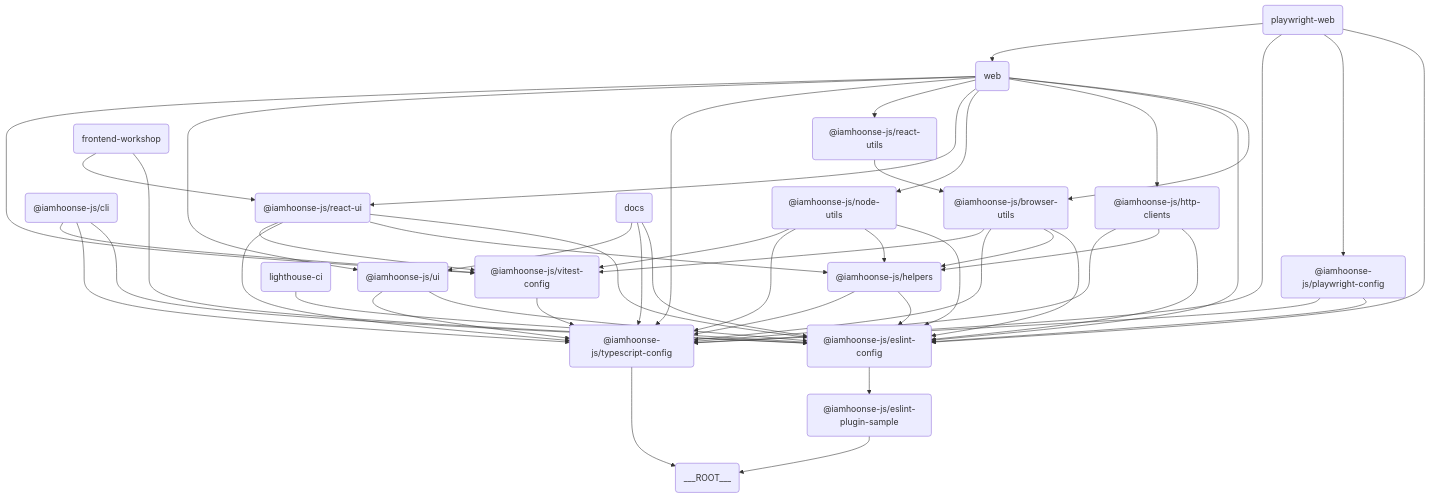
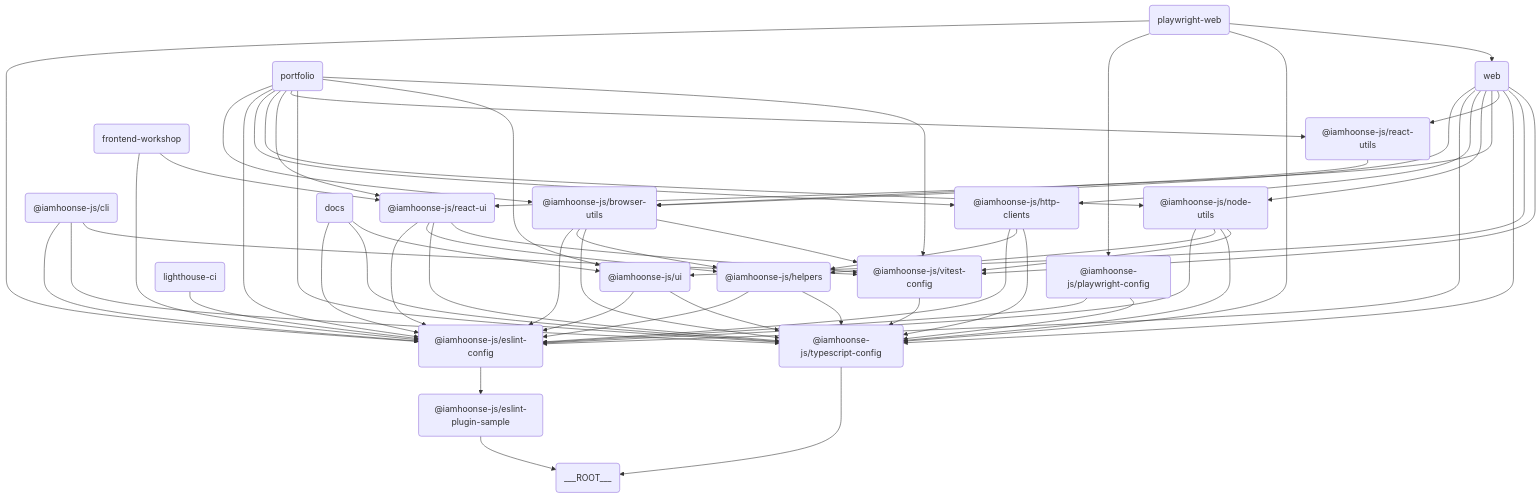
The diagram in README.md (iamhoonse-dev/iamhoonse-ecosystem), drawn with Mermaid before and after one commit.

Commit message:
docs(readme): 프로젝트 루트 README 의 구성 요소 간 관계도 그래프 업데이트

````diff
--- a/README.md
+++ b/README.md
@@ -14,51 +14,60 @@
 ```mermaid
 graph TD
     QHZT("@iamhoonse-js/browser-utils") --> ETTT("@iamhoonse-js/eslint-config")
     QHZT("@iamhoonse-js/browser-utils") --> JEGP("@iamhoonse-js/helpers")
     QHZT("@iamhoonse-js/browser-utils") --> EMLE("@iamhoonse-js/typescript-config")
     QHZT("@iamhoonse-js/browser-utils") --> LRHC("@iamhoonse-js/vitest-config")
     GLAO("@iamhoonse-js/cli") --> ETTT("@iamhoonse-js/eslint-config")
     GLAO("@iamhoonse-js/cli") --> EMLE("@iamhoonse-js/typescript-config")
     GLAO("@iamhoonse-js/cli") --> LRHC("@iamhoonse-js/vitest-config")
     ETTT("@iamhoonse-js/eslint-config") --> VELR("@iamhoonse-js/eslint-plugin-sample")
     VELR("@iamhoonse-js/eslint-plugin-sample") --> TXWC("___ROOT___")
     JEGP("@iamhoonse-js/helpers") --> ETTT("@iamhoonse-js/eslint-config")
     JEGP("@iamhoonse-js/helpers") --> EMLE("@iamhoonse-js/typescript-config")
     WCIN("@iamhoonse-js/http-clients") --> ETTT("@iamhoonse-js/eslint-config")
     WCIN("@iamhoonse-js/http-clients") --> JEGP("@iamhoonse-js/helpers")
     WCIN("@iamhoonse-js/http-clients") --> EMLE("@iamhoonse-js/typescript-config")
     TPBW("@iamhoonse-js/node-utils") --> ETTT("@iamhoonse-js/eslint-config")
     TPBW("@iamhoonse-js/node-utils") --> JEGP("@iamhoonse-js/helpers")
     TPBW("@iamhoonse-js/node-utils") --> EMLE("@iamhoonse-js/typescript-config")
     TPBW("@iamhoonse-js/node-utils") --> LRHC("@iamhoonse-js/vitest-config")
     BHWE("@iamhoonse-js/playwright-config") --> ETTT("@iamhoonse-js/eslint-config")
     BHWE("@iamhoonse-js/playwright-config") --> EMLE("@iamhoonse-js/typescript-config")
     MKNG("@iamhoonse-js/react-ui") --> ETTT("@iamhoonse-js/eslint-config")
     MKNG("@iamhoonse-js/react-ui") --> JEGP("@iamhoonse-js/helpers")
     MKNG("@iamhoonse-js/react-ui") --> EMLE("@iamhoonse-js/typescript-config")
     MKNG("@iamhoonse-js/react-ui") --> LRHC("@iamhoonse-js/vitest-config")
     IRKD("@iamhoonse-js/react-utils") --> QHZT("@iamhoonse-js/browser-utils")
     EMLE("@iamhoonse-js/typescript-config") --> TXWC("___ROOT___")
     UWBQ("@iamhoonse-js/ui") --> ETTT("@iamhoonse-js/eslint-config")
     UWBQ("@iamhoonse-js/ui") --> EMLE("@iamhoonse-js/typescript-config")
     LRHC("@iamhoonse-js/vitest-config") --> EMLE("@iamhoonse-js/typescript-config")
     FBWM("docs") --> ETTT("@iamhoonse-js/eslint-config")
     FBWM("docs") --> EMLE("@iamhoonse-js/typescript-config")
     FBWM("docs") --> UWBQ("@iamhoonse-js/ui")
     NRTE("frontend-workshop") --> ETTT("@iamhoonse-js/eslint-config")
     NRTE("frontend-workshop") --> MKNG("@iamhoonse-js/react-ui")
     GVMR("lighthouse-ci") --> ETTT("@iamhoonse-js/eslint-config")
     ITTZ("playwright-web") --> ETTT("@iamhoonse-js/eslint-config")
     ITTZ("playwright-web") --> BHWE("@iamhoonse-js/playwright-config")
     ITTZ("playwright-web") --> EMLE("@iamhoonse-js/typescript-config")
     ITTZ("playwright-web") --> VXGS("web")
+    WWDL("portfolio") --> QHZT("@iamhoonse-js/browser-utils")
+    WWDL("portfolio") --> ETTT("@iamhoonse-js/eslint-config")
+    WWDL("portfolio") --> WCIN("@iamhoonse-js/http-clients")
+    WWDL("portfolio") --> TPBW("@iamhoonse-js/node-utils")
+    WWDL("portfolio") --> MKNG("@iamhoonse-js/react-ui")
+    WWDL("portfolio") --> IRKD("@iamhoonse-js/react-utils")
+    WWDL("portfolio") --> EMLE("@iamhoonse-js/typescript-config")
+    WWDL("portfolio") --> UWBQ("@iamhoonse-js/ui")
+    WWDL("portfolio") --> LRHC("@iamhoonse-js/vitest-config")
     VXGS("web") --> QHZT("@iamhoonse-js/browser-utils")
     VXGS("web") --> ETTT("@iamhoonse-js/eslint-config")
     VXGS("web") --> WCIN("@iamhoonse-js/http-clients")
     VXGS("web") --> TPBW("@iamhoonse-js/node-utils")
     VXGS("web") --> MKNG("@iamhoonse-js/react-ui")
     VXGS("web") --> IRKD("@iamhoonse-js/react-utils")
     VXGS("web") --> EMLE("@iamhoonse-js/typescript-config")
     VXGS("web") --> UWBQ("@iamhoonse-js/ui")
     VXGS("web") --> LRHC("@iamhoonse-js/vitest-config")
 ```
````
